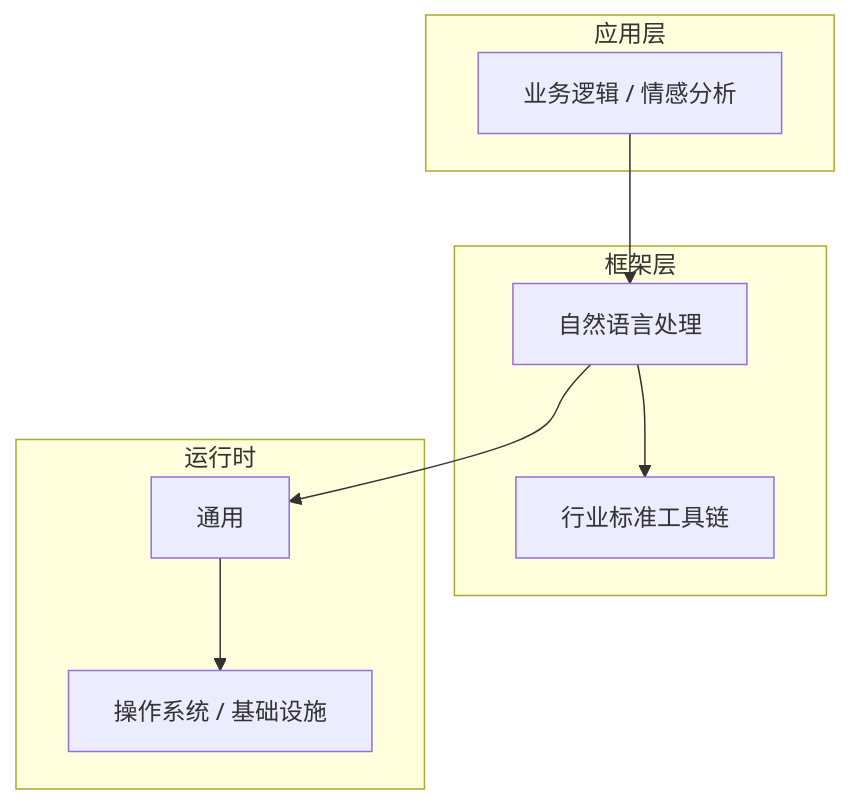
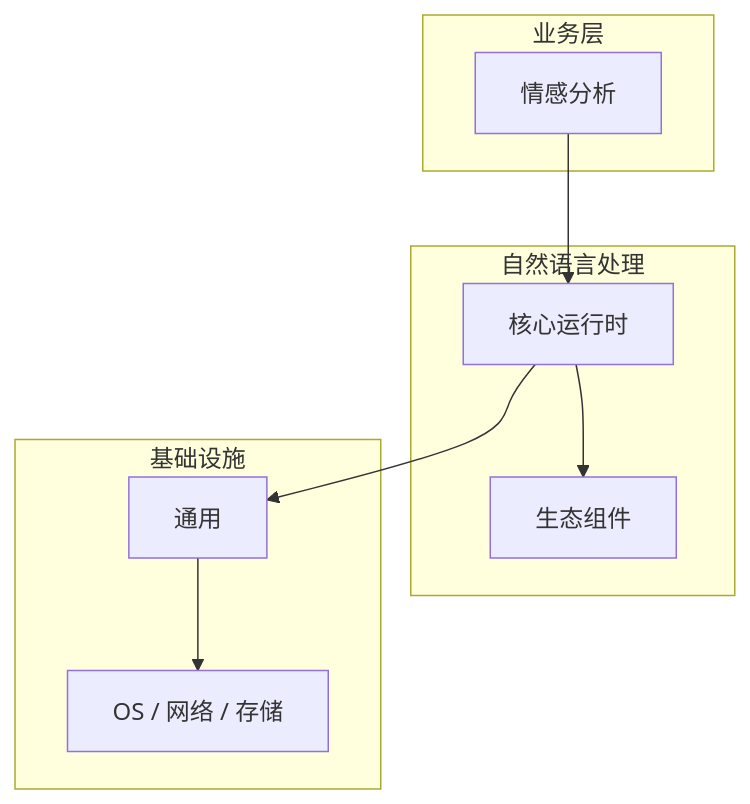
The diagram in articles/自然语言处理/chapters/051-情感分析核心概念与原理.md (yanggan2015/knowledge-json-v2), drawn with Mermaid before and after one commit. The commit also changed other lines of this file and 10127 other files, not shown here.

````diff
--- a/articles/自然语言处理/chapters/051-情感分析核心概念与原理.md
+++ b/articles/自然语言处理/chapters/051-情感分析核心概念与原理.md
@@ -45,18 +30,18 @@
 ```mermaid
 graph TB
-    subgraph 应用层
-        A[业务逻辑 / 情感分析]
+    subgraph 业务层
+        A[情感分析]
     end
-    subgraph 框架层
-        B[自然语言处理]
-        C[行业标准工具链]
+    subgraph 自然语言处理
+        B[核心运行时]
+        C[生态组件]
     end
-    subgraph 运行时
+    subgraph 基础设施
         D[通用]
-        E[操作系统 / 基础设施]
+        E[OS / 网络 / 存储]
     end
     A --> B
     B --> C
     B --> D
     D --> E
 ```
````
